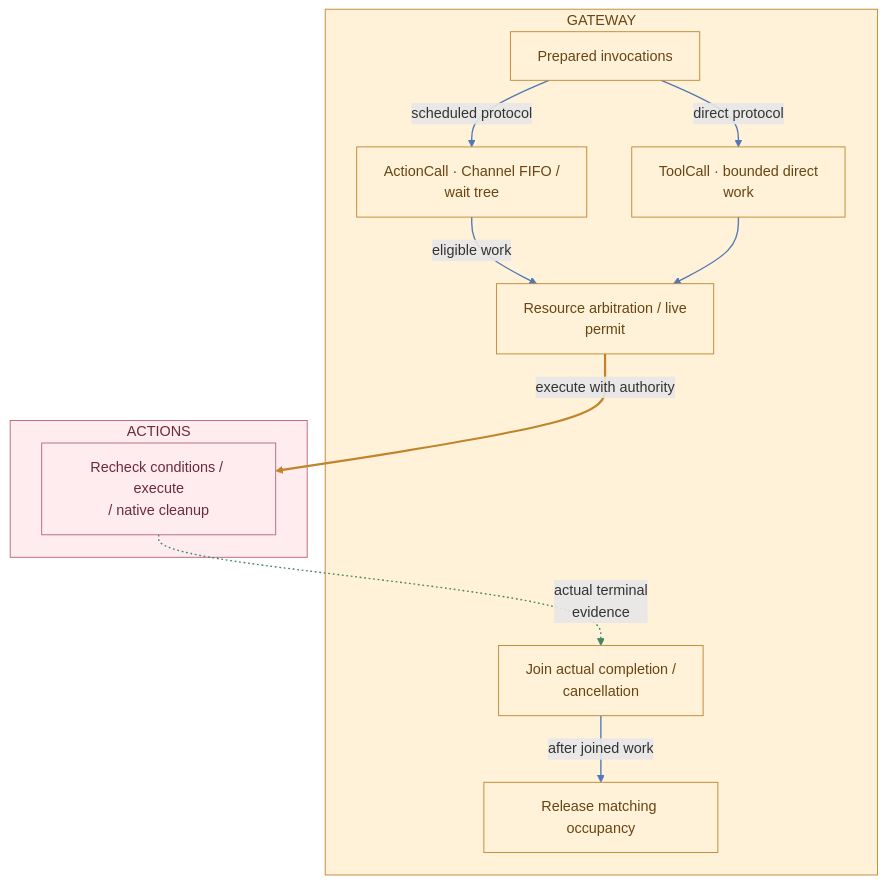
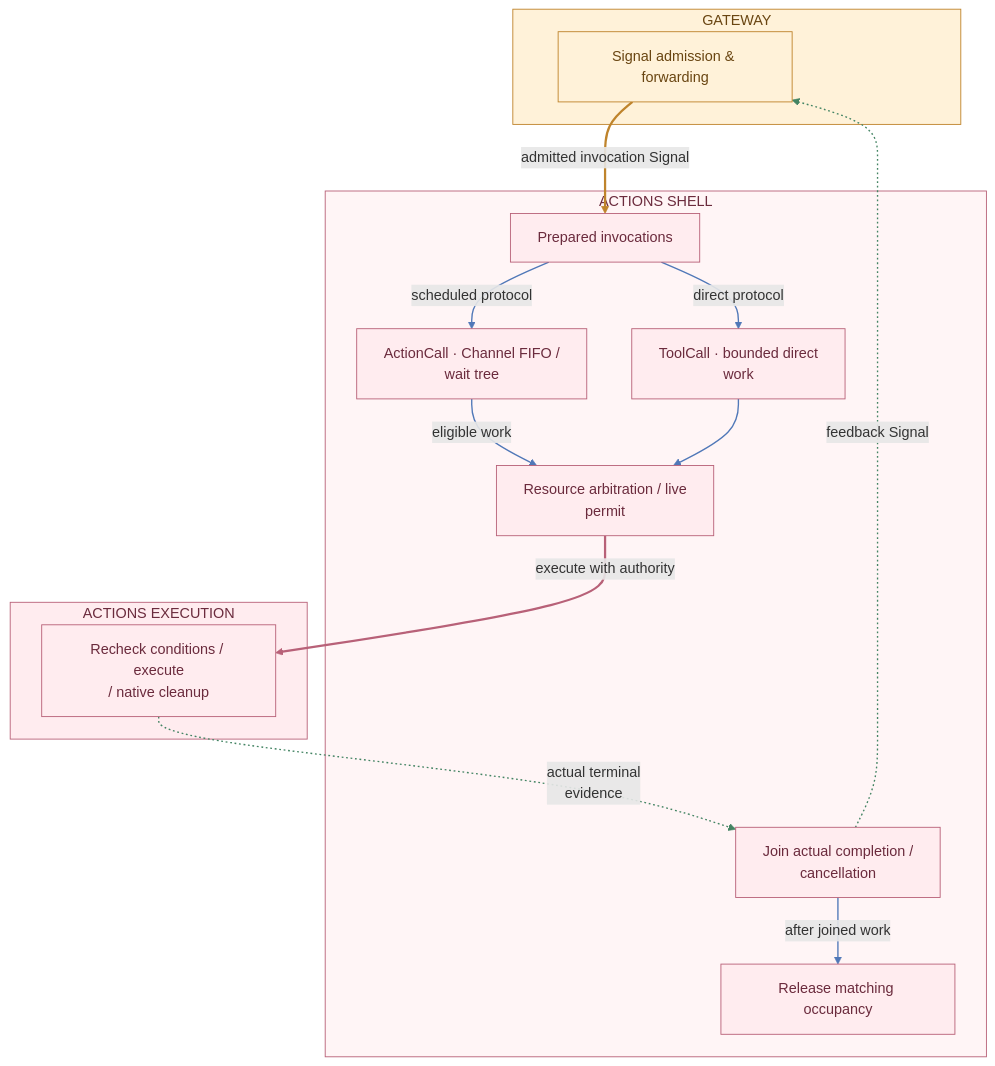
Diagram 14 of 27 in MobileHarness/README.md (devilyouwei/MobileHarness), drawn with Mermaid before and after one commit. The commit also changed other lines of this file and 4 other files, not shown here.

First line of the commit message:
docs: align READMEs and diagrams with Gateway/Actions separation

````diff
--- a/MobileHarness/README.md
+++ b/MobileHarness/README.md
@@ -912,32 +918,40 @@
 ```mermaid
 flowchart TB
-    subgraph Coordination["GATEWAY"]
-        Calls["Prepared invocations"]:::gateway
-        Queue["ActionCall · Channel FIFO /<br/>wait tree"]:::gateway
-        Direct["ToolCall · bounded direct<br/>work"]:::gateway
-        Resources["Resource arbitration / live<br/>permit"]:::gateway
-        Join["Join actual completion /<br/>cancellation"]:::gateway
-        Release["Release matching occupancy"]:::gateway
+    subgraph Channel["GATEWAY"]
+        G["Signal admission &amp; forwarding"]:::gateway
     end
-    style Coordination fill:#fff2d9,stroke:#bf842c,color:#694511
-    subgraph Execution["ACTIONS"]
+    style Channel fill:#fff2d9,stroke:#bf842c,color:#694511
+    subgraph Shell["ACTIONS SHELL"]
+        Calls["Prepared invocations"]:::action
+        Queue["ActionCall · Channel FIFO /<br/>wait tree"]:::action
+        Direct["ToolCall · bounded direct<br/>work"]:::action
+        Resources["Resource arbitration / live<br/>permit"]:::action
+        Join["Join actual completion /<br/>cancellation"]:::action
+        Release["Release matching occupancy"]:::action
+    end
+    style Shell fill:#fff5f6,stroke:#b86178,color:#6b2b3d
+    subgraph Execution["ACTIONS EXECUTION"]
         X["Recheck conditions / execute<br/>/ native cleanup"]:::action
     end
     style Execution fill:#ffecef,stroke:#b86178,color:#6b2b3d
+    G ==>|"admitted invocation Signal"| Calls
     Calls -->|"scheduled protocol"| Queue
     Calls -->|"direct protocol"| Direct
     Queue -->|"eligible work"| Resources
     Direct --> Resources
     Resources ==>|"execute with authority"| X
     X -.->|"actual terminal<br/>evidence"| Join
     Join -->|"after joined work"| Release
+    Join -.->|"feedback Signal"| G
     classDef action fill:#ffecef,stroke:#b86178,color:#6b2b3d
     classDef gateway fill:#fff2d9,stroke:#bf842c,color:#694511
-    linkStyle 0 stroke:#5078b8,stroke-width:1.5px
+    linkStyle 0 stroke:#bf842c,stroke-width:2.5px
     linkStyle 1 stroke:#5078b8,stroke-width:1.5px
     linkStyle 2 stroke:#5078b8,stroke-width:1.5px
     linkStyle 3 stroke:#5078b8,stroke-width:1.5px
-    linkStyle 4 stroke:#bf842c,stroke-width:2.5px
-    linkStyle 5 stroke:#438463,stroke-width:1.5px,stroke-dasharray:2 3
-    linkStyle 6 stroke:#5078b8,stroke-width:1.5px
+    linkStyle 4 stroke:#5078b8,stroke-width:1.5px
+    linkStyle 5 stroke:#b86178,stroke-width:2.5px
+    linkStyle 6 stroke:#438463,stroke-width:1.5px,stroke-dasharray:2 3
+    linkStyle 7 stroke:#5078b8,stroke-width:1.5px
+    linkStyle 8 stroke:#438463,stroke-width:1.5px,stroke-dasharray:2 3
 ```
````
